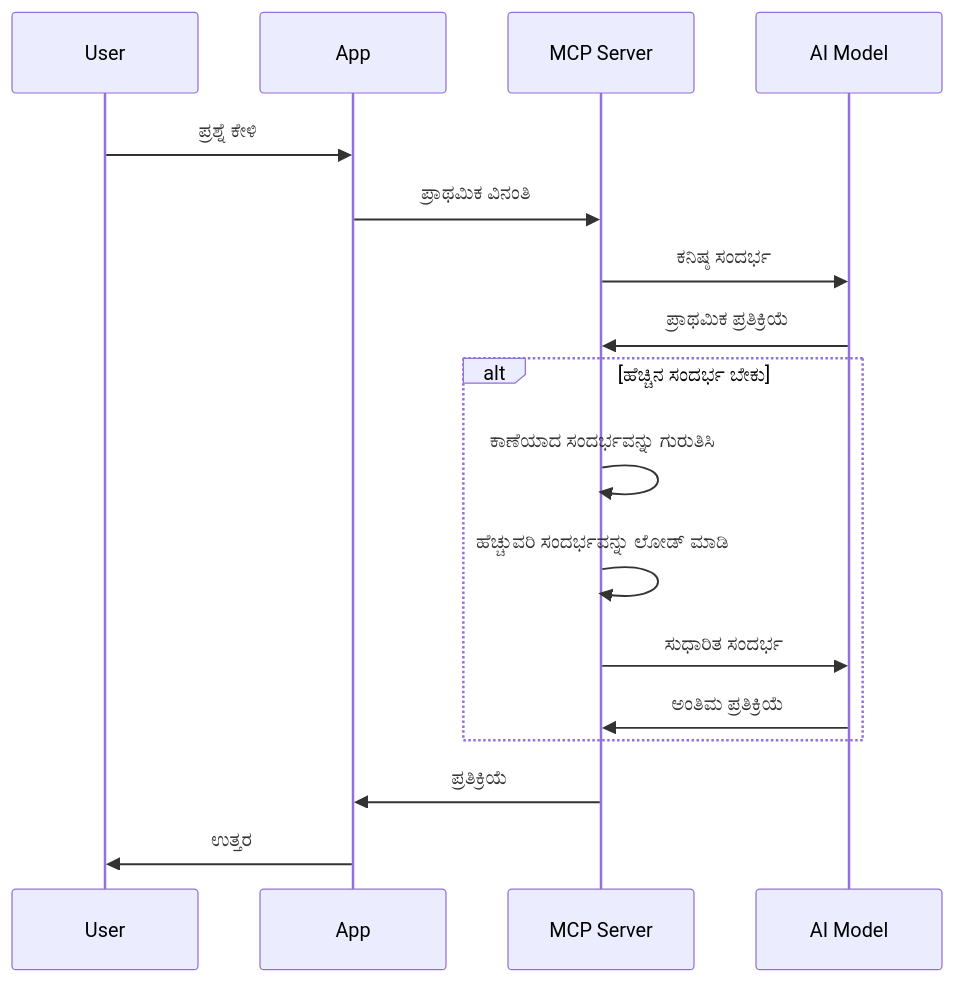
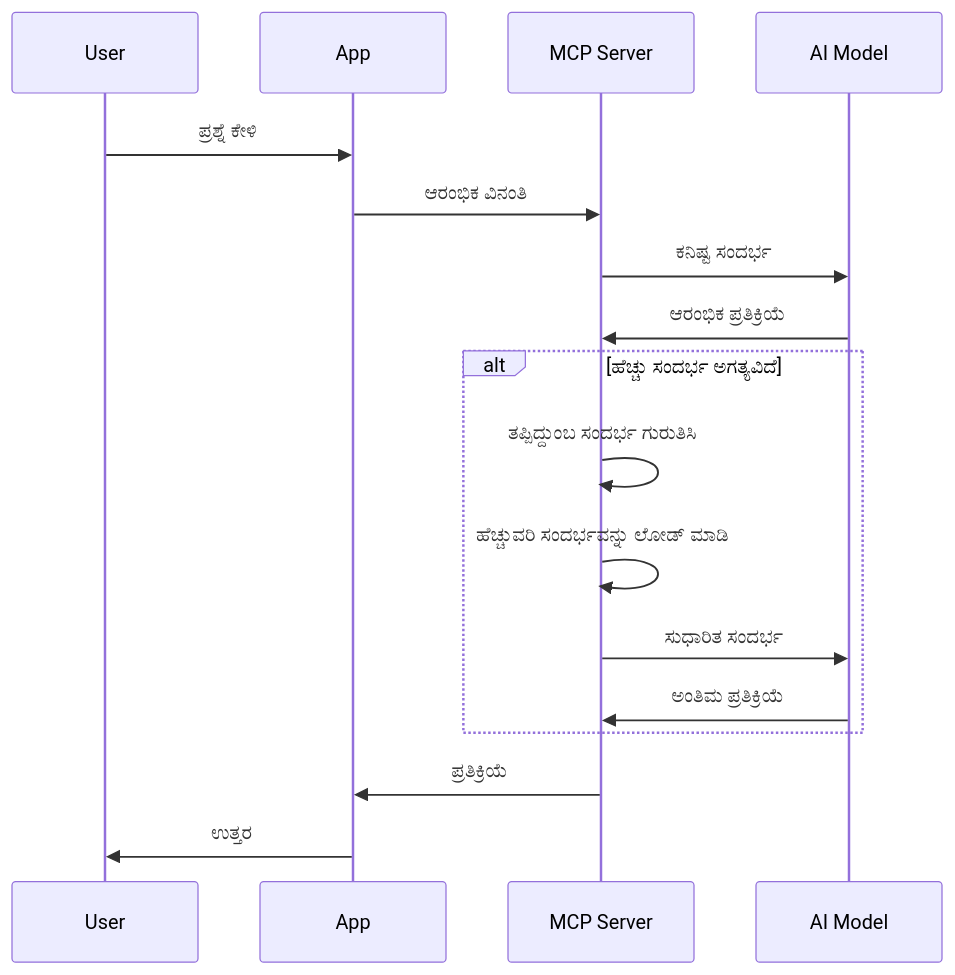
The fourth of 6 diagrams in mcp_ecosystem__model_context_protocol/mcp_learning_resources/mcp-for-beginners/translations/kn/05-AdvancedTopics/mcp-contextengineering/README.md (HIDORAKAI002/ai-workspace-archive), drawn with Mermaid before and after one commit. The commit also changed other lines of this file and 1046 other files, not shown here.

````diff
--- a/mcp_ecosystem__model_context_protocol/mcp_learning_resources/mcp-for-beginners/translations/kn/05-AdvancedTopics/mcp-contextengineering/README.md
+++ b/mcp_ecosystem__model_context_protocol/mcp_learning_resources/mcp-for-beginners/translations/kn/05-AdvancedTopics/mcp-contextengineering/README.md
@@ -205,22 +210,22 @@
 ```mermaid
 sequenceDiagram
     participant User
     participant App
     participant MCP Server
     participant AI Model
 
     User->>App: ಪ್ರಶ್ನೆ ಕೇಳಿ
-    App->>MCP Server: ಪ್ರಾಥಮಿಕ ವಿನಂತಿ
-    MCP Server->>AI Model: ಕನಿಷ್ಠ ಸಂದರ್ಭ
-    AI Model->>MCP Server: ಪ್ರಾಥಮಿಕ ಪ್ರತಿಕ್ರಿಯೆ
+    App->>MCP Server: ಆರಂಭಿಕ ವಿನಂತಿ
+    MCP Server->>AI Model: ಕನಿಷ್ಟ ಸಂದರ್ಭ
+    AI Model->>MCP Server: ಆರಂಭಿಕ ಪ್ರತಿಕ್ರಿಯೆ
     
-    alt ಹೆಚ್ಚಿನ ಸಂದರ್ಭ ಬೇಕು
-        MCP Server->>MCP Server: ಕಾಣೆಯಾದ ಸಂದರ್ಭವನ್ನು ಗುರುತಿಸಿ
+    alt ಹೆಚ್ಚು ಸಂದರ್ಭ ಅಗತ್ಯವಿದೆ
+        MCP Server->>MCP Server: ತಪ್ಪಿದ್ದುಂಬ ಸಂದರ್ಭ ಗುರುತಿಸಿ
         MCP Server->>MCP Server: ಹೆಚ್ಚುವರಿ ಸಂದರ್ಭವನ್ನು ಲೋಡ್ ಮಾಡಿ
         MCP Server->>AI Model: ಸುಧಾರಿತ ಸಂದರ್ಭ
         AI Model->>MCP Server: ಅಂತಿಮ ಪ್ರತಿಕ್ರಿಯೆ
     end
     
     MCP Server->>App: ಪ್ರತಿಕ್ರಿಯೆ
     App->>User: ಉತ್ತರ
 ```
````
